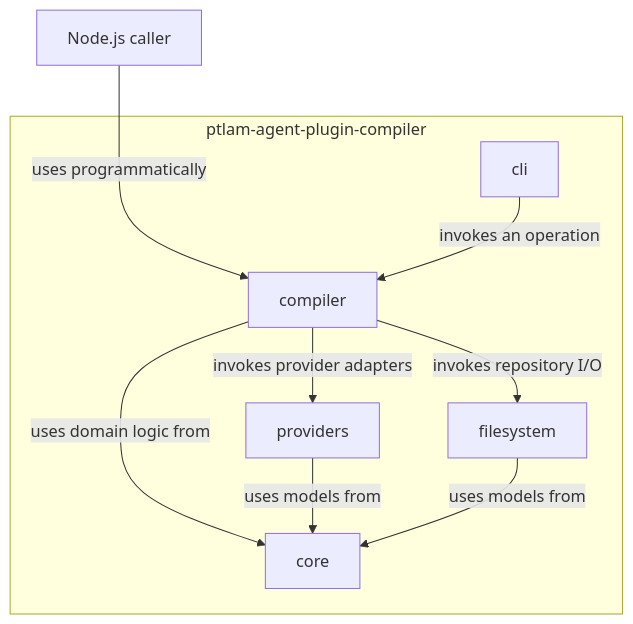
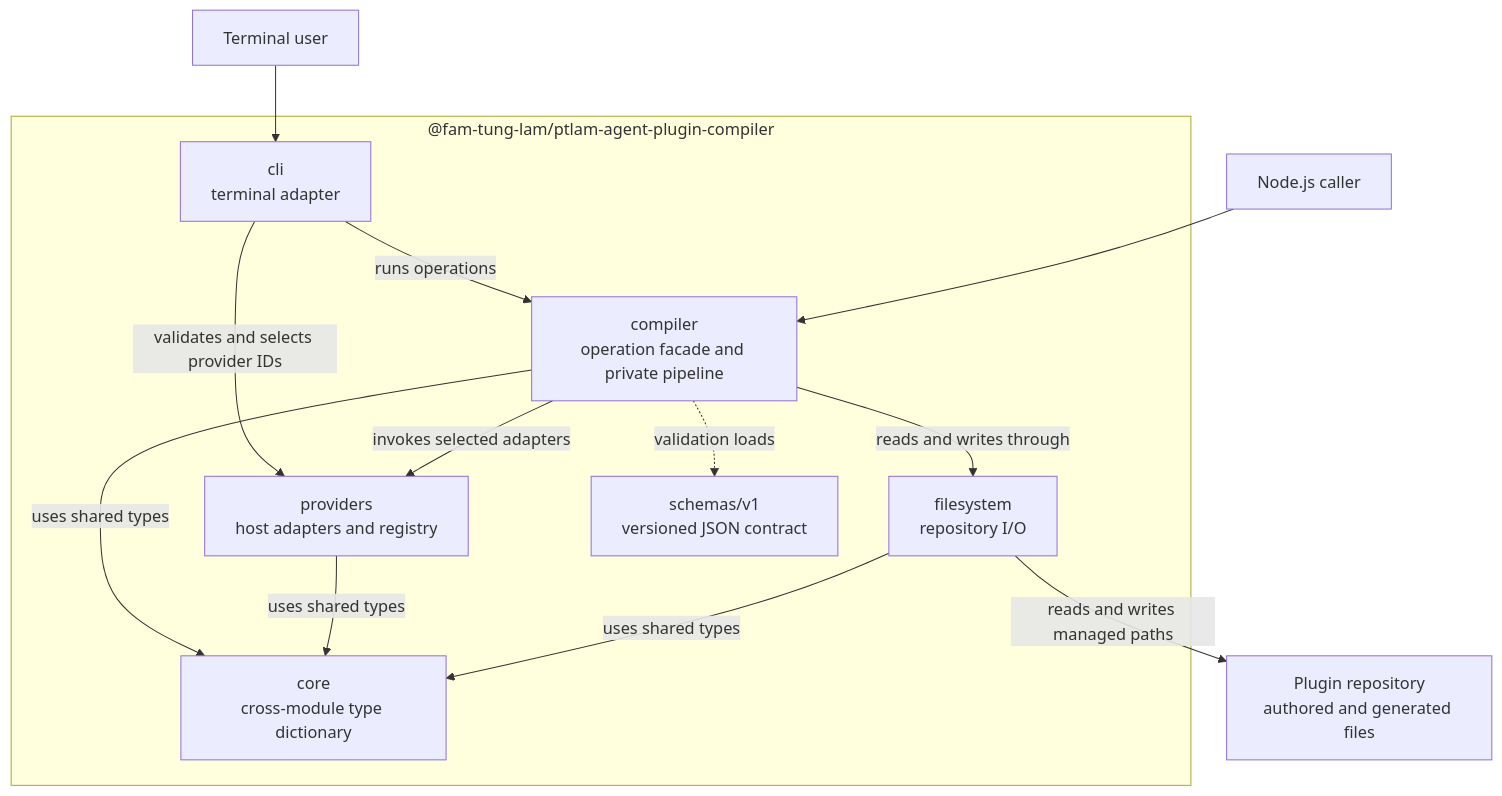
Before and after one commit to fam-tung-lam/ptlam-agent-plugin-compiler: the first of 5 diagrams in docs/ARCHITECTURE.md, drawn with Mermaid. The commit also changed other lines of this file and 122 other files, not shown here.

Commit message:
refactor: align compiler architecture

````diff
--- a/docs/ARCHITECTURE.md
+++ b/docs/ARCHITECTURE.md
@@ -12,19 +5,28 @@
 ```mermaid
 flowchart TB
   NodeCaller["Node.js caller"]
-  CLI["cli"]
-  Compiler["compiler"]
-  Core["core"]
-  Providers["providers"]
-  Filesystem["filesystem"]
+  Terminal["Terminal user"]
+  Repository["Plugin repository<br/>authored and generated files"]
 
-  NodeCaller --->|"uses programmatically"| Compiler
-  subgraph ptlam-agent-plugin-compiler
-    CLI -->|"invokes an operation"| Compiler
-    Compiler -->|"uses domain logic from"| Core
-    Compiler -->|"invokes provider adapters"| Providers
-    Compiler -->|"invokes repository I/O"| Filesystem
-    Providers -->|"uses models from"| Core
-    Filesystem -->|"uses models from"| Core
+  subgraph Package["@fam-tung-lam/ptlam-agent-plugin-compiler"]
+    CLI["cli<br/>terminal adapter"]
+    Compiler["compiler<br/>operation facade and private pipeline"]
+    Providers["providers<br/>host adapters and registry"]
+    Filesystem["filesystem<br/>repository I/O"]
+    Core["core<br/>cross-module type dictionary"]
+    Schemas["schemas/v1<br/>versioned JSON contract"]
+
+    CLI -->|"runs operations"| Compiler
+    CLI -->|"validates and selects provider IDs"| Providers
+    Compiler -->|"uses shared types"| Core
+    Compiler -->|"invokes selected adapters"| Providers
+    Compiler -->|"reads and writes through"| Filesystem
+    Compiler -.->|"validation loads"| Schemas
+    Providers -->|"uses shared types"| Core
+    Filesystem -->|"uses shared types"| Core
   end
+
+  Terminal --> CLI
+  NodeCaller --> Compiler
+  Filesystem -->|"reads and writes managed paths"| Repository
 ```
````
